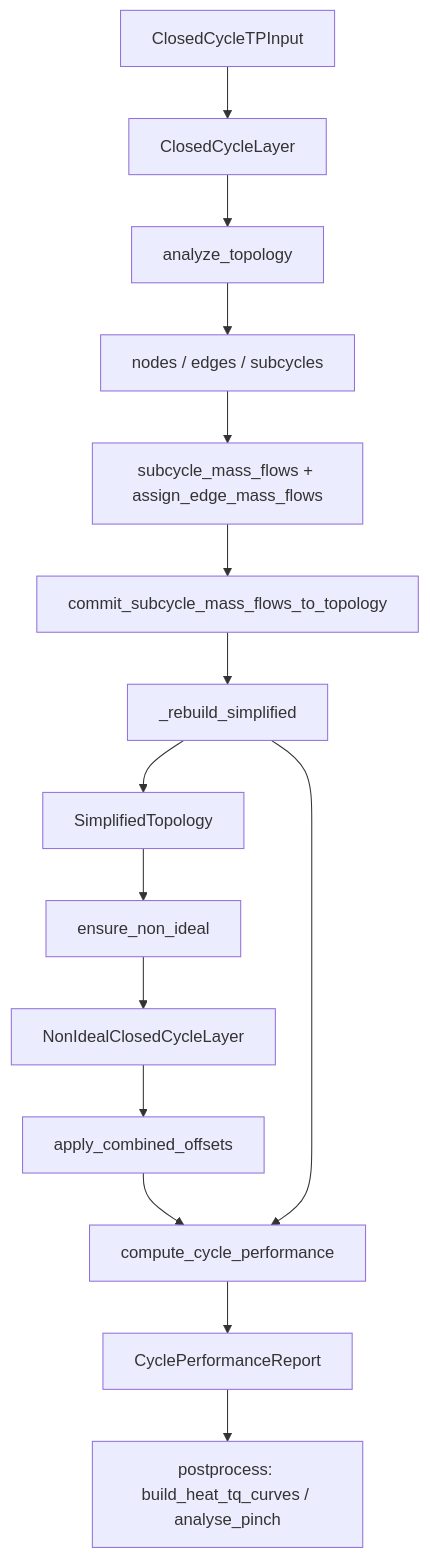
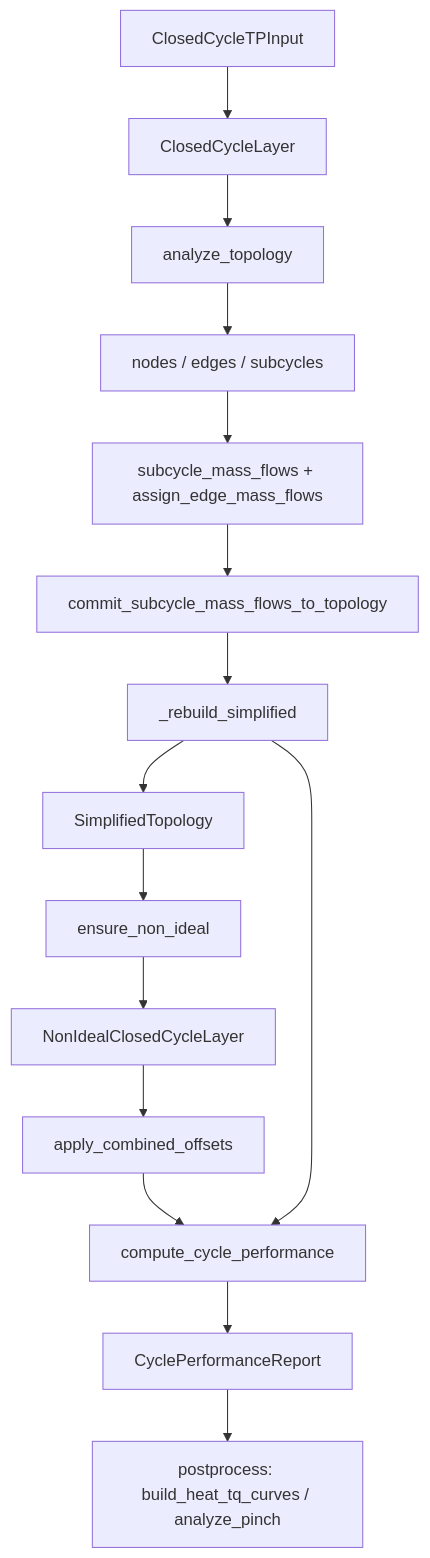
The diagram in docs/architecture.md (AkiVIVY/CyGES), drawn with Mermaid before and after one commit. The commit also changed other lines of this file and 16 other files, not shown here.

````diff
--- a/docs/architecture.md
+++ b/docs/architecture.md
@@ -11,17 +11,17 @@
 ```mermaid
 flowchart TD
     inp[ClosedCycleTPInput] --> layer[ClosedCycleLayer]
     layer --> analyze[analyze_topology]
     analyze --> topo[nodes / edges / subcycles]
     topo --> mf[subcycle_mass_flows + assign_edge_mass_flows]
     mf --> commit[commit_subcycle_mass_flows_to_topology]
     commit --> simp[_rebuild_simplified]
     simp --> simplified[SimplifiedTopology]
     simplified --> ensure[ensure_non_ideal]
     ensure --> ni[NonIdealClosedCycleLayer]
     ni --> off[apply_combined_offsets]
     off --> perf[compute_cycle_performance]
     simp --> perf
     perf --> report[CyclePerformanceReport]
-    report --> post[postprocess: build_heat_tq_curves / analyse_pinch]
+    report --> post[postprocess: build_heat_tq_curves / analyze_pinch]
 ```
````
